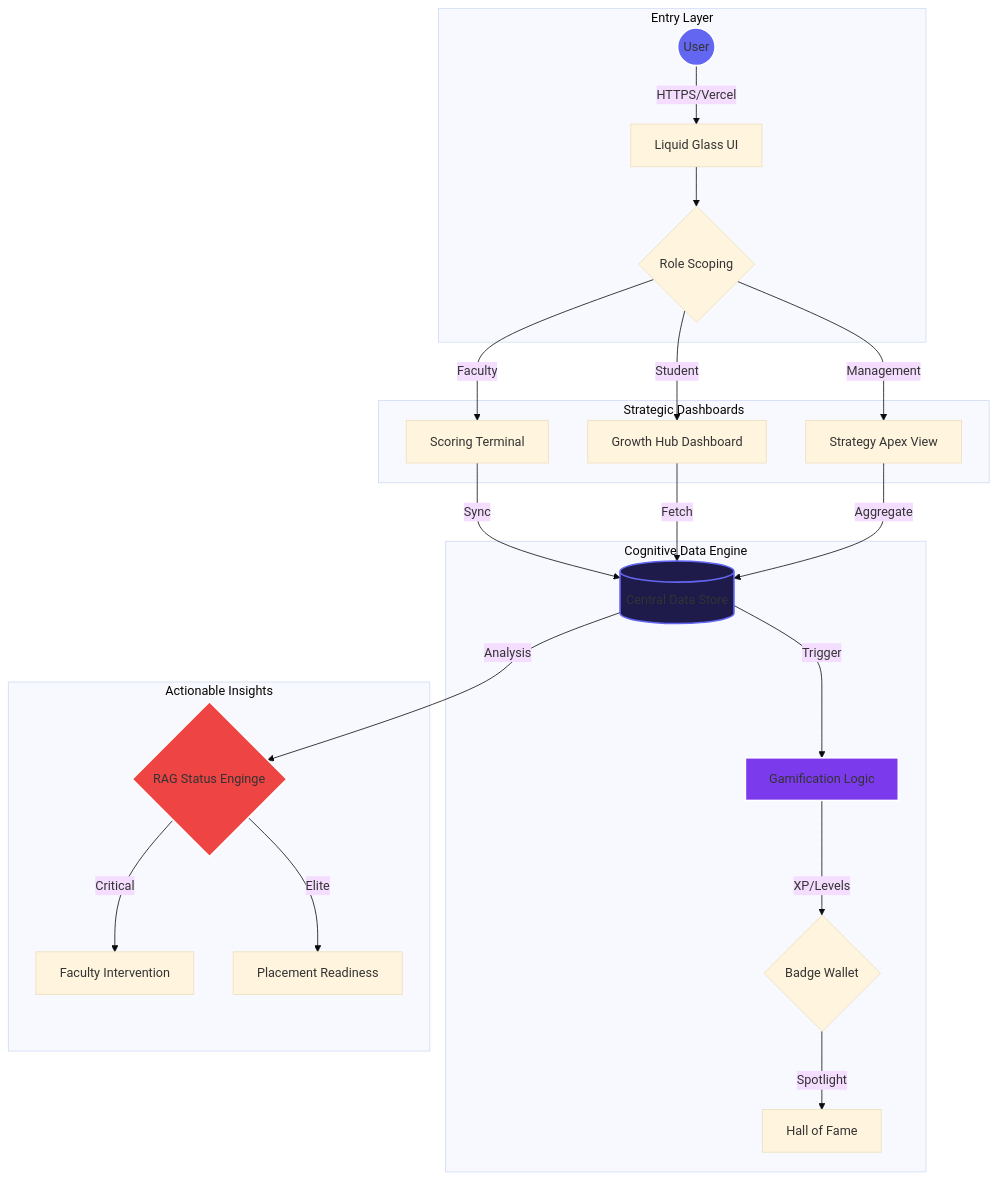
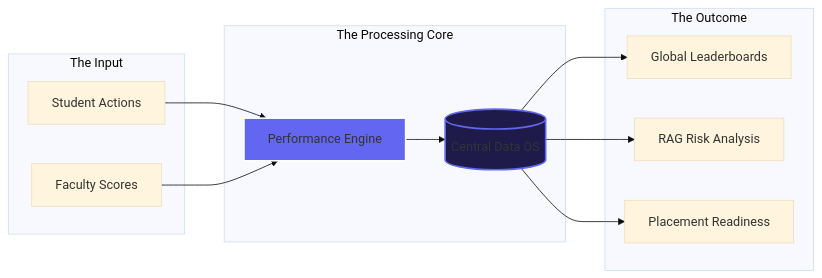
One commit to raunitx-02/IOI-Career-Excellence-OS changed the diagram in README.md. Above: the diagram before and after it, drawn with Mermaid (base theme). The commit also changed other lines of this file, not shown here.

Commit message:
💎 Exhaustive README: A-Z Platform Glossary & Elegant Architecture Diagram

````diff
--- a/README.md
+++ b/README.md
@@ -21,34 +27,28 @@
 ```mermaid
-graph TD
-    subgraph "Entry Layer"
-        User((User)) -->|HTTPS/Vercel| UI[Liquid Glass UI]
-        UI --> Auth{Role Scoping}
+graph LR
+    subgraph "The Input"
+        A[Student Actions]
+        B[Faculty Scores]
     end
 
-    subgraph "Strategic Dashboards"
-        Auth -->|Student| S_Hub[Growth Hub Dashboard]
-        Auth -->|Faculty| F_Term[Scoring Terminal]
-        Auth -->|Management| M_Apex[Strategy Apex View]
+    subgraph "The Processing Core"
+        Logic[Performance Engine]
+        Data[(Central Data OS)]
     end
 
-    subgraph "Cognitive Data Engine"
-        F_Term -->|Sync| DS[(Central Data Store)]
-        S_Hub -->|Fetch| DS
-        M_Apex -->|Aggregate| DS
-        
-        DS -->|Trigger| Game[Gamification Logic]
-        Game -->|XP/Levels| Badges{Badge Wallet}
-        Badges -->|Spotlight| HOF[Hall of Fame]
+    subgraph "The Outcome"
+        C[Global Leaderboards]
+        D[RAG Risk Analysis]
+        E[Placement Readiness]
     end
 
-    subgraph "Actionable Insights"
-        DS -->|Analysis| RAG{RAG Status Enginge}
-        RAG -->|Critical| Alerts[Faculty Intervention]
-        RAG -->|Elite| PL[Placement Readiness]
-    end
+    A --> Logic
+    B --> Logic
+    Logic --> Data
+    Data --> C
+    Data --> D
+    Data --> E
 
-    style User fill:#6366f1,stroke:#fff,stroke-width:2px
-    style DS fill:#1e1b4b,stroke:#6366f1,stroke-width:2px
-    style Game fill:#7c3aed,stroke:#fff,stroke-width:2px
-    style RAG fill:#ef4444,stroke:#fff,stroke-width:2px
+    style Data fill:#1e1b4b,stroke:#6366f1,stroke-width:2px
+    style Logic fill:#6366f1,stroke:#fff,stroke-width:2px
 ```
````
